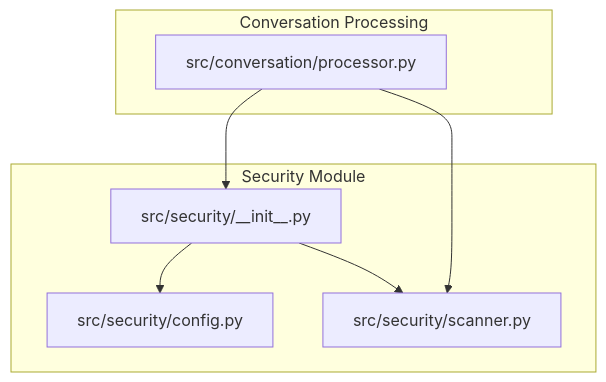
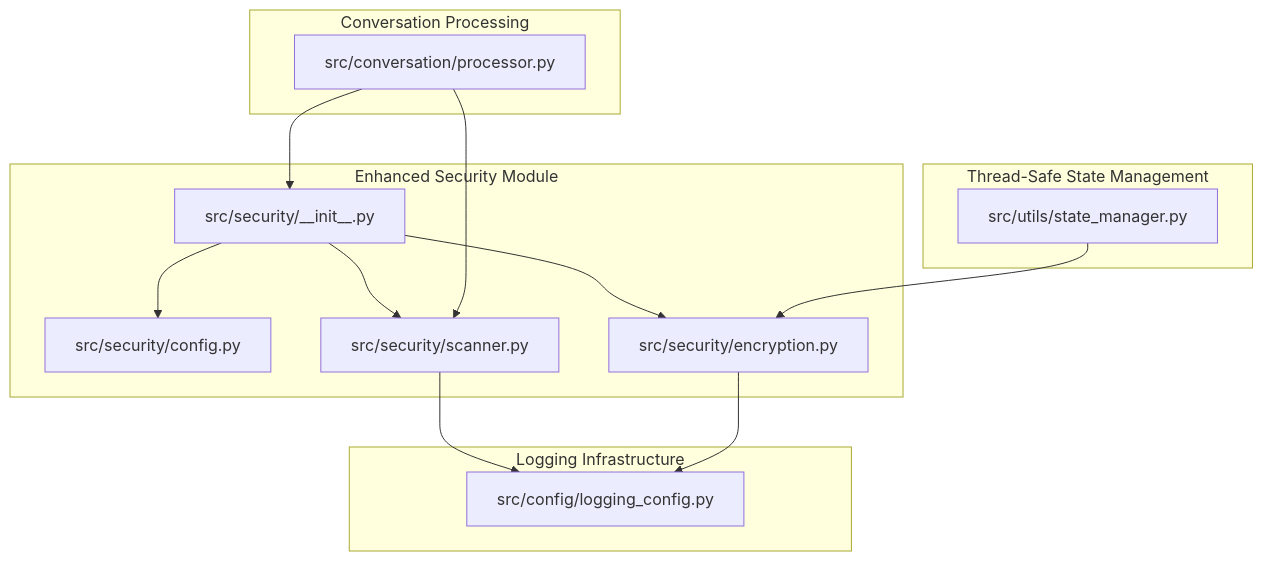
The first of 9 diagrams in .qoder/repowiki/en/content/Security & Safety Framework.md (MOK-5-ha/MayaMCP), drawn with Mermaid before and after one commit. The commit also changed other lines of this file and 27 other files, not shown here.

````diff
--- a/.qoder/repowiki/en/content/Security & Safety Framework.md
+++ b/.qoder/repowiki/en/content/Security & Safety Framework.md
@@ -41,15 +56,26 @@
 ```mermaid
 graph TB
-subgraph "Security Module"
+subgraph "Enhanced Security Module"
 A["src/security/__init__.py"]
 B["src/security/config.py"]
 C["src/security/scanner.py"]
+D["src/security/encryption.py"]
+end
+subgraph "Logging Infrastructure"
+E["src/config/logging_config.py"]
+end
+subgraph "Thread-Safe State Management"
+F["src/utils/state_manager.py"]
 end
 subgraph "Conversation Processing"
-D["src/conversation/processor.py"]
+G["src/conversation/processor.py"]
 end
 A --> B
 A --> C
-D --> A
-D --> C
+A --> D
+C --> E
+D --> E
+F --> D
+G --> A
+G --> C
 ```
````
